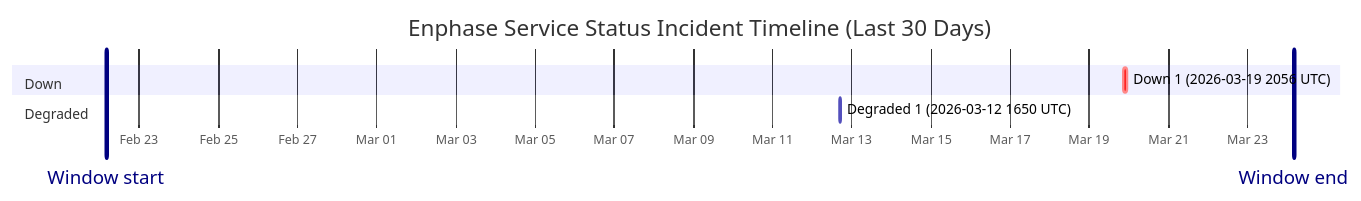
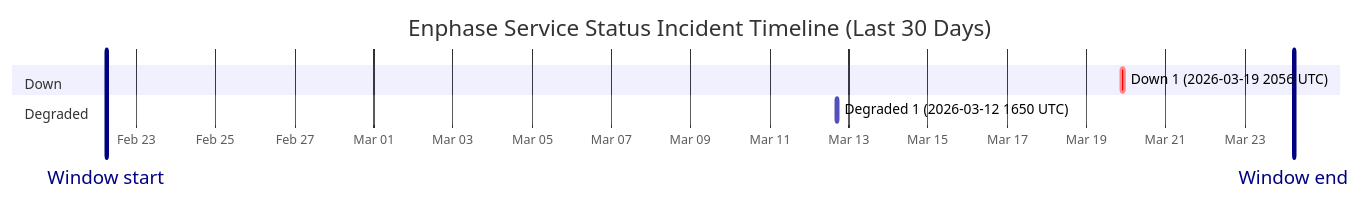
The diagram in wiki/Service-Status-History.md (barneyonline/ha-enphase-ev-charger), drawn with Mermaid before and after one commit. The commit also changed other lines of this file and 3 other files, not shown here.

````diff
--- a/wiki/Service-Status-History.md
+++ b/wiki/Service-Status-History.md
@@ -14,12 +14,12 @@
 ```mermaid
 gantt
     title Enphase Service Status Incident Timeline (Last 30 Days)
     dateFormat  YYYY-MM-DDTHH:mm:ss
     axisFormat  %b %d
-    Window start :vert, window-start, 2026-02-22T04:09:26, 0ms
-    Window end :vert, window-end, 2026-03-24T04:09:26, 0ms
+    Window start :vert, window-start, 2026-02-22T05:53:50, 0ms
+    Window end :vert, window-end, 2026-03-24T05:53:50, 0ms
     section Down
     Down 1 (2026-03-19 2056 UTC) :crit, down-1, 2026-03-19T20:56:20, 145m
     section Degraded
     Degraded 1 (2026-03-12 1650 UTC) :active, degraded-1, 2026-03-12T16:50:43, 60m
 ```
````
